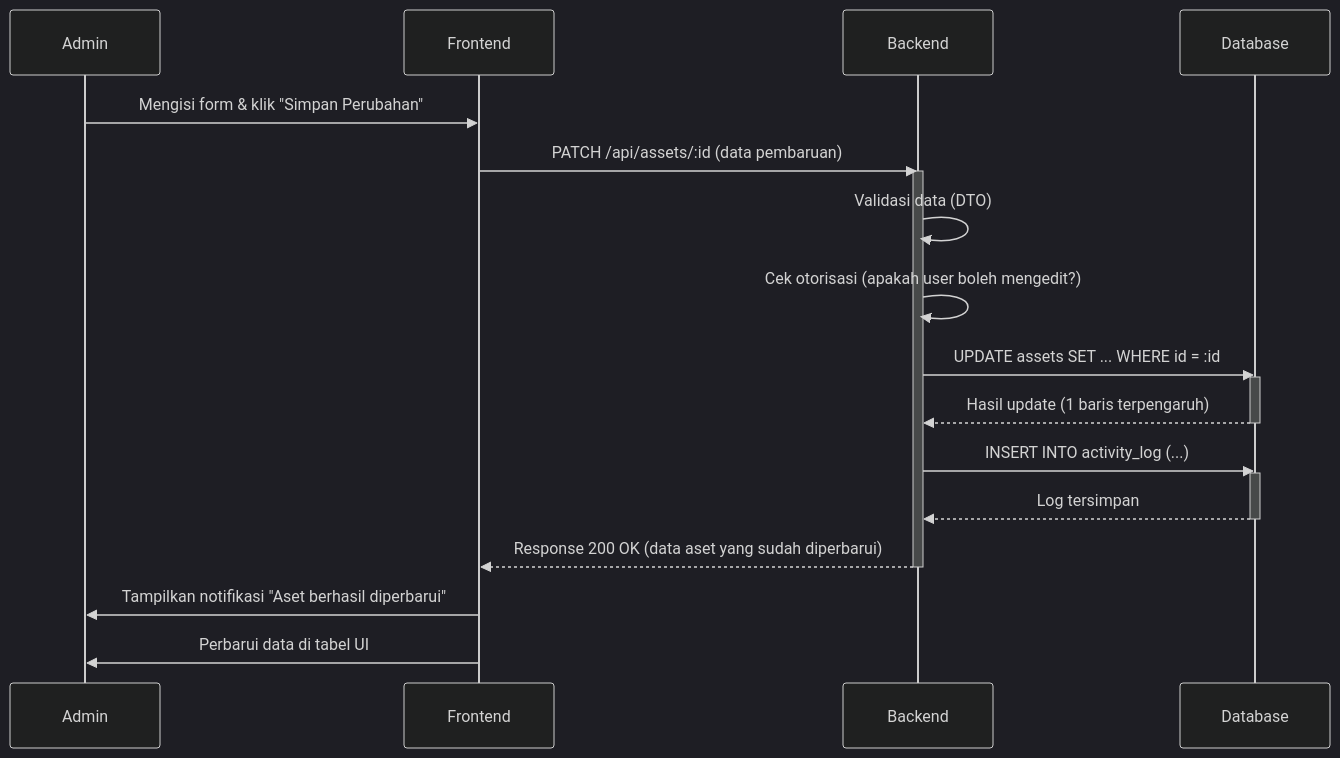
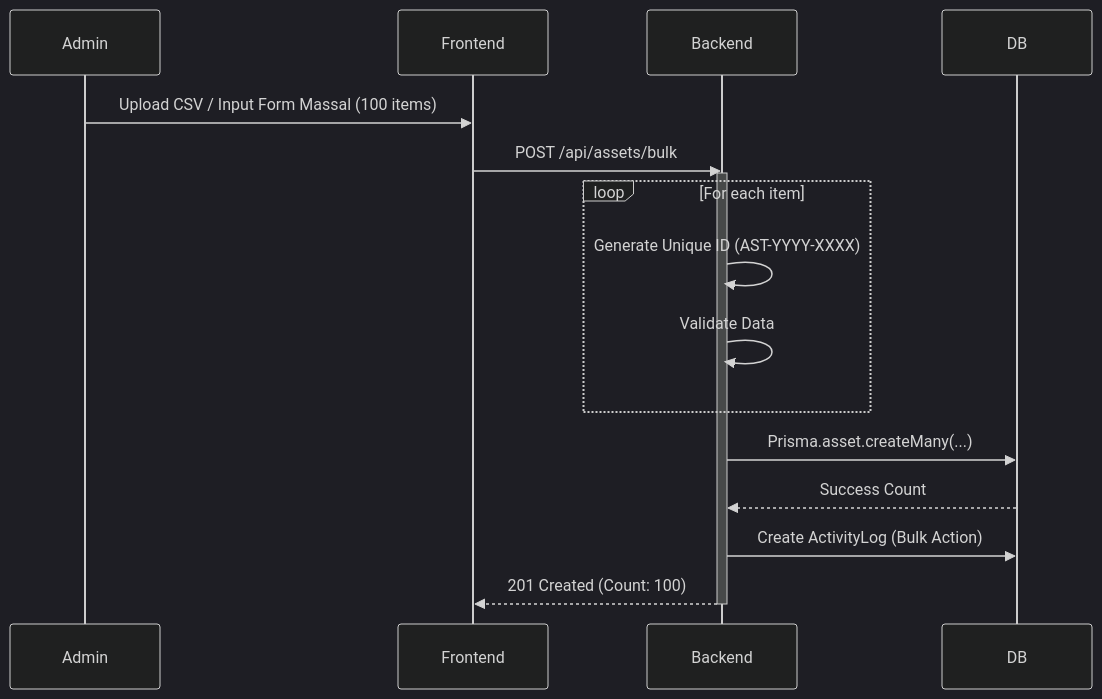
Before and after one commit to Asamaludi26/TrinityApps: the third of 3 diagrams in Docs/01_CONCEPT_AND_ARCHITECTURE/SYSTEM_DIAGRAMS.md, drawn with Mermaid (dark theme). The commit also changed other lines of this file and 2 other files, not shown here.

First line of the commit message:
docs: Update deployment and database schema documentation

````diff
--- a/Docs/01_CONCEPT_AND_ARCHITECTURE/SYSTEM_DIAGRAMS.md
+++ b/Docs/01_CONCEPT_AND_ARCHITECTURE/SYSTEM_DIAGRAMS.md
@@ -59,30 +72,24 @@
 ```mermaid
 sequenceDiagram
     participant Admin
     participant Frontend
     participant Backend
-    participant Database
+    participant DB
 
-    Admin->>Frontend: Mengisi form & klik "Simpan Perubahan"
-    Frontend->>Backend: PATCH /api/assets/:id (data pembaruan)
+    Admin->>Frontend: Upload CSV / Input Form Massal (100 items)
+    Frontend->>Backend: POST /api/assets/bulk
+    
     activate Backend
+    loop For each item
+        Backend->>Backend: Generate Unique ID (AST-YYYY-XXXX)
+        Backend->>Backend: Validate Data
+    end
     
-    Backend->>Backend: Validasi data (DTO)
-    Backend->>Backend: Cek otorisasi (apakah user boleh mengedit?)
+    Backend->>DB: Prisma.asset.createMany(...)
+    DB-->>Backend: Success Count
     
-    Backend->>Database: UPDATE assets SET ... WHERE id = :id
-    activate Database
-    Database-->>Backend: Hasil update (1 baris terpengaruh)
-    deactivate Database
-
-    Backend->>Database: INSERT INTO activity_log (...)
-    activate Database
-    Database-->>Backend: Log tersimpan
-    deactivate Database
+    Backend->>DB: Create ActivityLog (Bulk Action)
     
-    Backend-->>Frontend: Response 200 OK (data aset yang sudah diperbarui)
+    Backend-->>Frontend: 201 Created (Count: 100)
     deactivate Backend
-    
-    Frontend->>Admin: Tampilkan notifikasi "Aset berhasil diperbarui"
-    Frontend->>Admin: Perbarui data di tabel UI
 ```
````
